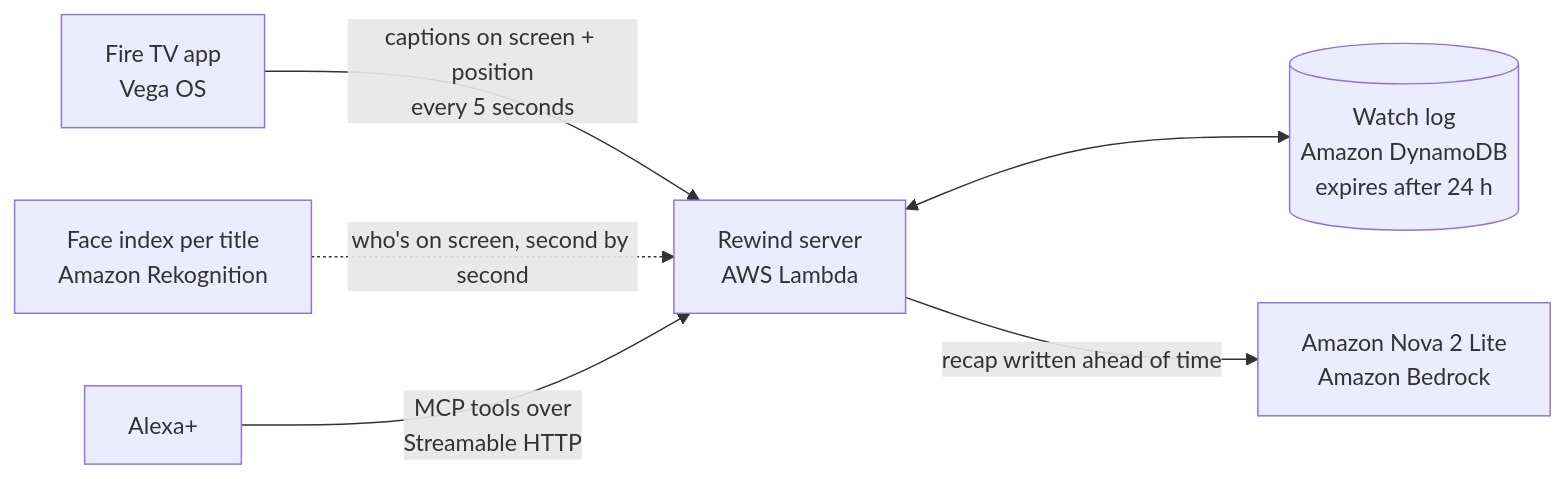
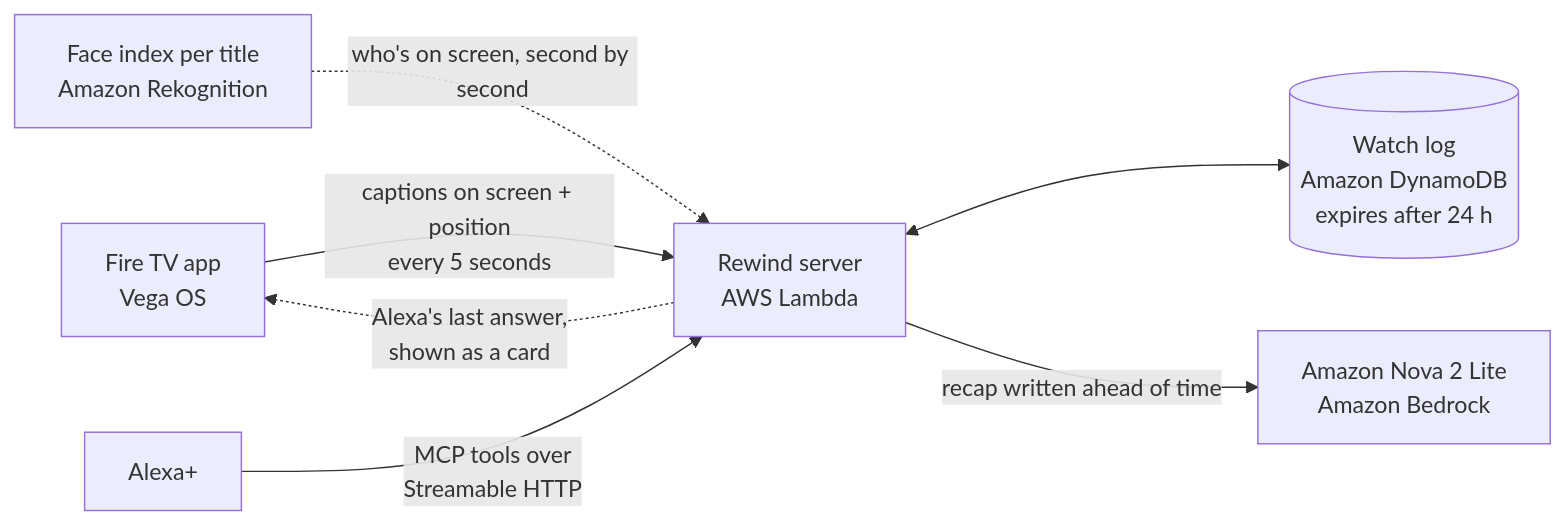
One commit to vhrcam/miss-it changed the diagram in README.md. Above: the diagram before and after it, drawn with Mermaid. The commit also changed other lines of this file, not shown here.

Commit message:
Explain the answer card in the README

````diff
--- a/README.md
+++ b/README.md
@@ -36,8 +36,9 @@
 ```mermaid
 flowchart LR
     TV["Fire TV app<br/>Vega OS"] -- "captions on screen + position<br/>every 5 seconds" --> Server["Rewind server<br/>AWS Lambda"]
     Server <--> Log[("Watch log<br/>Amazon DynamoDB<br/>expires after 24 h")]
     Server -- "recap written ahead of time" --> Nova["Amazon Nova 2 Lite<br/>Amazon Bedrock"]
     Faces["Face index per title<br/>Amazon Rekognition"] -. "who's on screen, second by second" .-> Server
     Alexa["Alexa+"] -- "MCP tools over<br/>Streamable HTTP" --> Server
+    Server -. "Alexa's last answer,<br/>shown as a card" .-> TV
 ```
````
